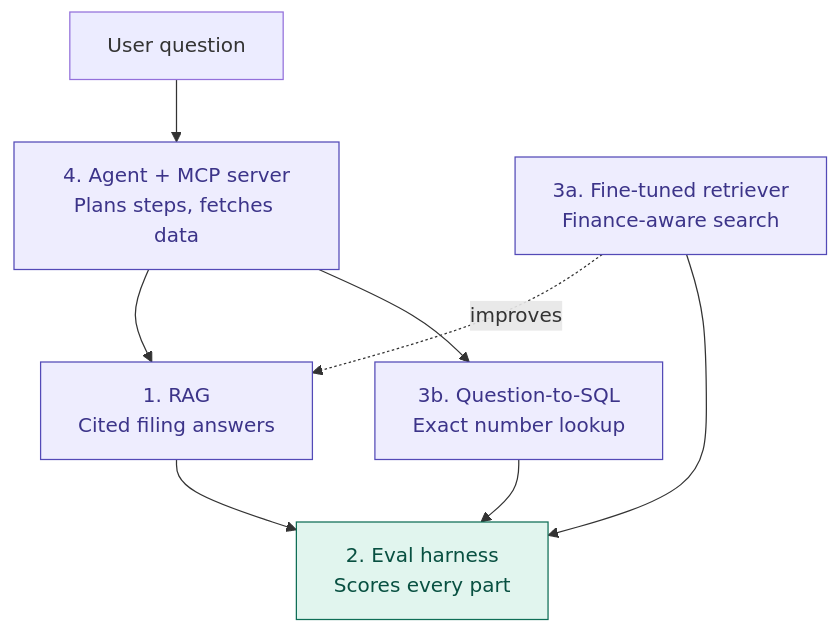
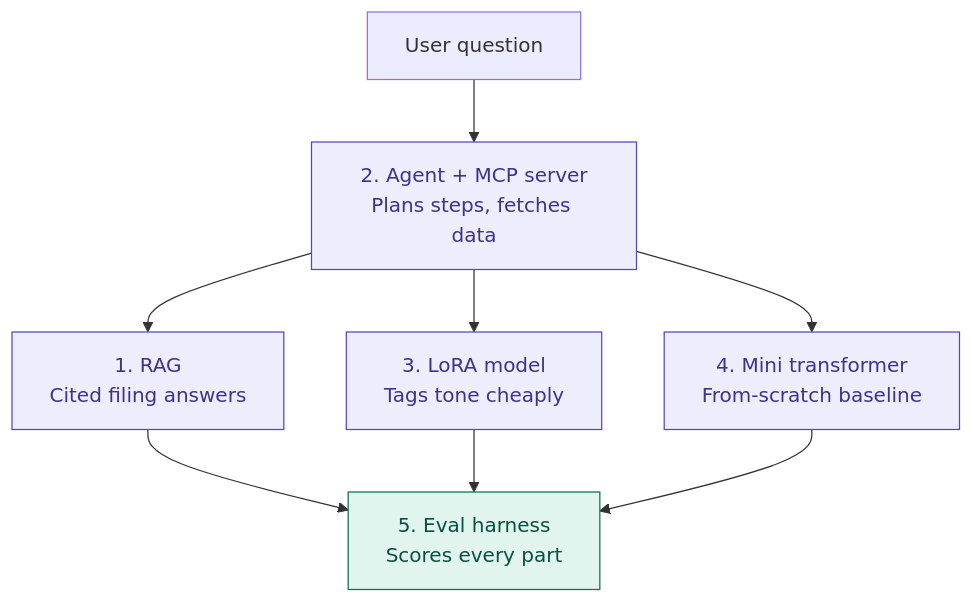
One commit to saeedashrraf/earning-analysis changed the diagram in README.md. Above: the diagram before and after it, drawn with Mermaid.

Commit message:
Use original architecture diagram in README

````diff
--- a/README.md
+++ b/README.md
@@ -9,15 +9,15 @@
 ```mermaid
 flowchart TD
-    Q[User question] --> A["4. Agent + MCP server<br/>Plans steps, fetches data"]
+    Q[User question] --> A["2. Agent + MCP server<br/>Plans steps, fetches data"]
     A --> R["1. RAG<br/>Cited filing answers"]
-    A --> S["3b. Question-to-SQL<br/>Exact number lookup"]
-    FT["3a. Fine-tuned retriever<br/>Finance-aware search"] -.improves.-> R
-    R --> E["2. Eval harness<br/>Scores every part"]
-    FT --> E
-    S --> E
+    A --> L["3. LoRA model<br/>Tags tone cheaply"]
+    A --> M["4. Mini transformer<br/>From-scratch baseline"]
+    R --> E["5. Eval harness<br/>Scores every part"]
+    L --> E
+    M --> E
 
     classDef product fill:#EEEDFE,stroke:#534AB7,color:#3C3489
     classDef measure fill:#E1F5EE,stroke:#0F6E56,color:#085041
-    class A,R,S,FT product
+    class A,R,L,M product
     class E measure
 ```
````
